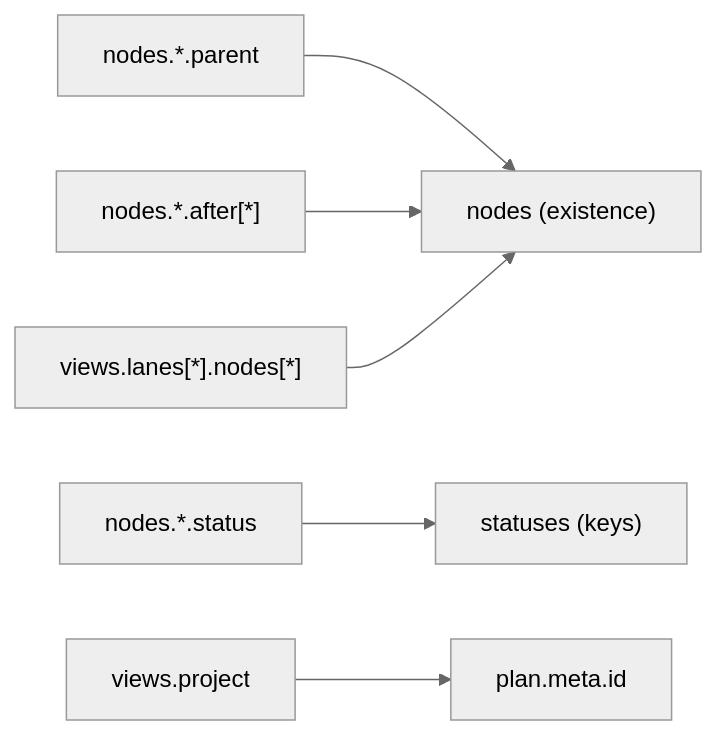
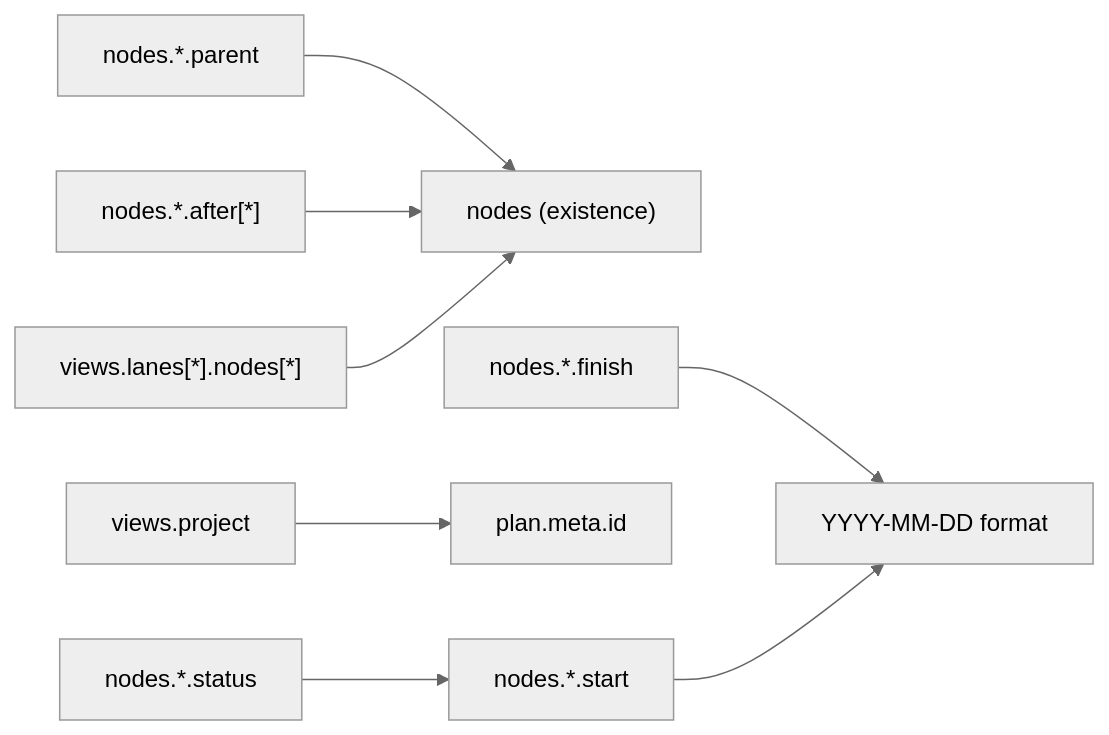
The fifth of 5 diagrams in .qoder/repowiki/en/content/Specification Reference/File Formats/File Formats.md (asukhodko/opskarta), drawn with Mermaid (neutral theme) before and after one commit. The commit also changed other lines of this file and 7 other files, not shown here.

````diff
--- a/.qoder/repowiki/en/content/Specification Reference/File Formats/File Formats.md
+++ b/.qoder/repowiki/en/content/Specification Reference/File Formats/File Formats.md
@@ -475,8 +552,10 @@
 ```mermaid
 graph LR
 N1["nodes.*.parent"] --> N2["nodes (existence)"]
 N3["nodes.*.after[*]"] --> N2
 N4["nodes.*.status"] --> S["statuses (keys)"]
 V["views.project"] --> M["plan.meta.id"]
 L["views.lanes[*].nodes[*]"] --> N2
+F["nodes.*.finish"] --> D["YYYY-MM-DD format"]
+S["nodes.*.start"] --> D
 ```
````
